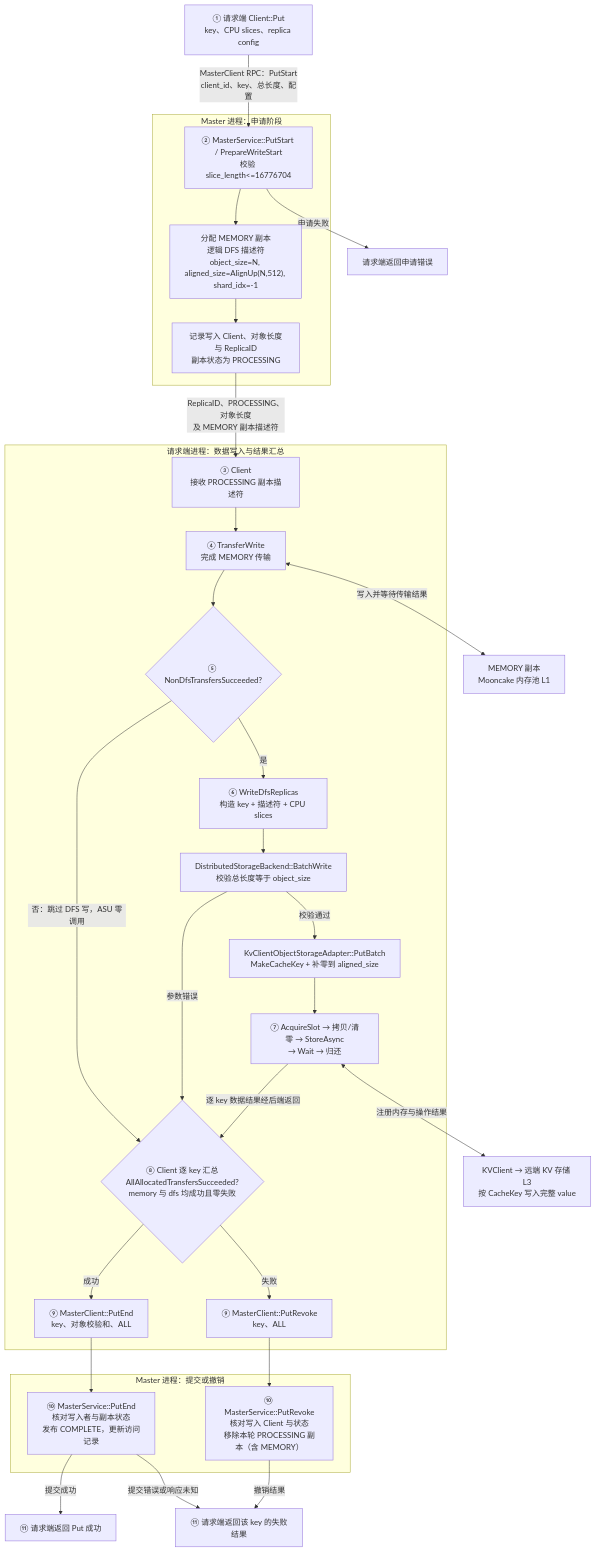
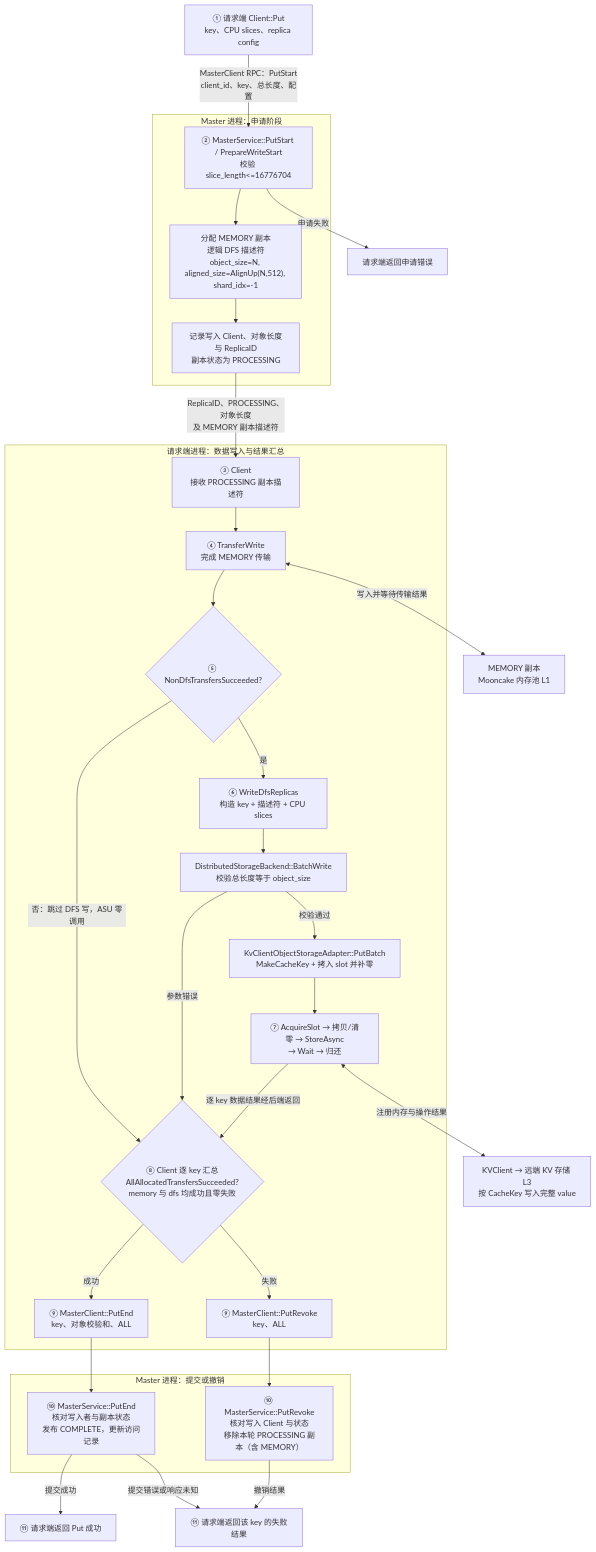
Before and after one commit to zwj20000328-dotcom/Mooncake-documents: the fourth of 13 diagrams in Mooncake + KVClient L3 接入（Kvcs）- v3.md, drawn with Mermaid. The commit also changed other lines of this file, not shown here.

First line of the commit message:
docs: renumber SFMEA/tests to one ID per row and fix diagram wording

````diff
--- a/Mooncake + KVClient L3 接入（Kvcs）- v3.md
+++ b/Mooncake + KVClient L3 接入（Kvcs）- v3.md
@@ -319,60 +319,60 @@
 ```mermaid
 flowchart TB
     C1["① 请求端 Client::Put<br/>key、CPU slices、replica config"]
 
     subgraph MasterStart["Master 进程：申请阶段"]
         START["② MasterService::PutStart / PrepareWriteStart<br/>校验 slice_length<=16776704"]
         ALLOC["分配 MEMORY 副本<br/>逻辑 DFS 描述符<br/>object_size=N, aligned_size=AlignUp(N,512), shard_idx=-1"]
         META["记录写入 Client、对象长度与 ReplicaID<br/>副本状态为 PROCESSING"]
 
         START --> ALLOC
         ALLOC --> META
     end
 
     subgraph Request["请求端进程：数据写入与结果汇总"]
         C2["③ Client<br/>接收 PROCESSING 副本描述符"]
         T["④ TransferWrite<br/>完成 MEMORY 传输"]
         GATE{"⑤ NonDfsTransfersSucceeded?"}
         W["⑥ WriteDfsReplicas<br/>构造 key + 描述符 + CPU slices"]
         B["DistributedStorageBackend::BatchWrite<br/>校验总长度等于 object_size"]
-        O["KvClientObjectStorageAdapter::PutBatch<br/>MakeCacheKey + 补零到 aligned_size"]
+        O["KvClientObjectStorageAdapter::PutBatch<br/>MakeCacheKey + 拷入 slot 并补零"]
         D["⑦ AcquireSlot → 拷贝/清零 → StoreAsync<br/>→ Wait → 归还"]
         J{"⑧ Client 逐 key 汇总<br/>AllAllocatedTransfersSucceeded?<br/>memory 与 dfs 均成功且零失败"}
         END["⑨ MasterClient::PutEnd<br/>key、对象校验和、ALL"]
         REVOKE["⑨ MasterClient::PutRevoke<br/>key、ALL"]
 
         C2 --> T
         T --> GATE
         GATE -->|"是"| W
         GATE -->|"否：跳过 DFS 写，ASU 零调用"| J
         W --> B
         B -->|"校验通过"| O
         B -->|"参数错误"| J
         O --> D
         D -->|"逐 key 数据结果经后端返回"| J
         J -->|"成功"| END
         J -->|"失败"| REVOKE
     end
 
     subgraph MasterFinish["Master 进程：提交或撤销"]
         COMMIT["⑩ MasterService::PutEnd<br/>核对写入者与副本状态<br/>发布 COMPLETE，更新访问记录"]
         ABORT["⑩ MasterService::PutRevoke<br/>核对写入 Client 与状态<br/>移除本轮 PROCESSING 副本（含 MEMORY）"]
     end
 
     OK["⑪ 请求端返回 Put 成功"]
     FAIL["⑪ 请求端返回该 key 的失败结果"]
     REJECT["请求端返回申请错误"]
     RAM["MEMORY 副本<br/>Mooncake 内存池 L1"]
     S["KVClient → 远端 KV 存储 L3<br/>按 CacheKey 写入完整 value"]
 
     C1 -->|"MasterClient RPC：PutStart<br/>client_id、key、总长度、配置"| START
     START -->|"申请失败"| REJECT
     META -->|"ReplicaID、PROCESSING、对象长度<br/>及 MEMORY 副本描述符"| C2
     T <-->|"写入并等待传输结果"| RAM
     D <-->|"注册内存与操作结果"| S
     END --> COMMIT
     COMMIT -->|"提交成功"| OK
     COMMIT -->|"提交错误或响应未知"| FAIL
     REVOKE --> ABORT
     ABORT -->|"撤销结果"| FAIL
 ```
````
